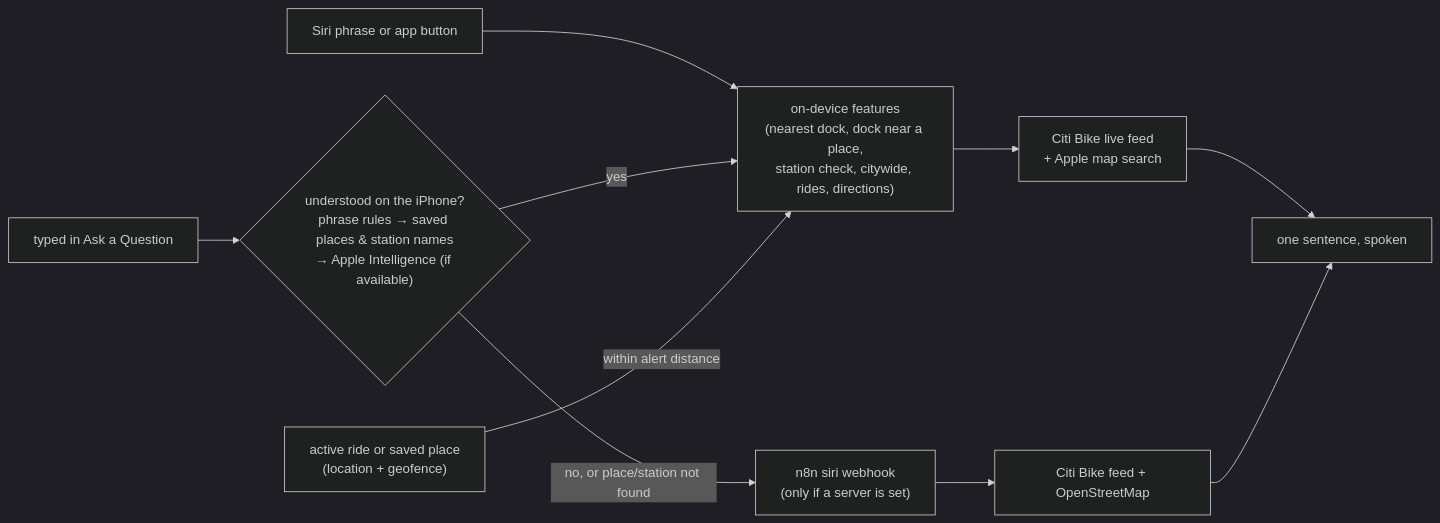
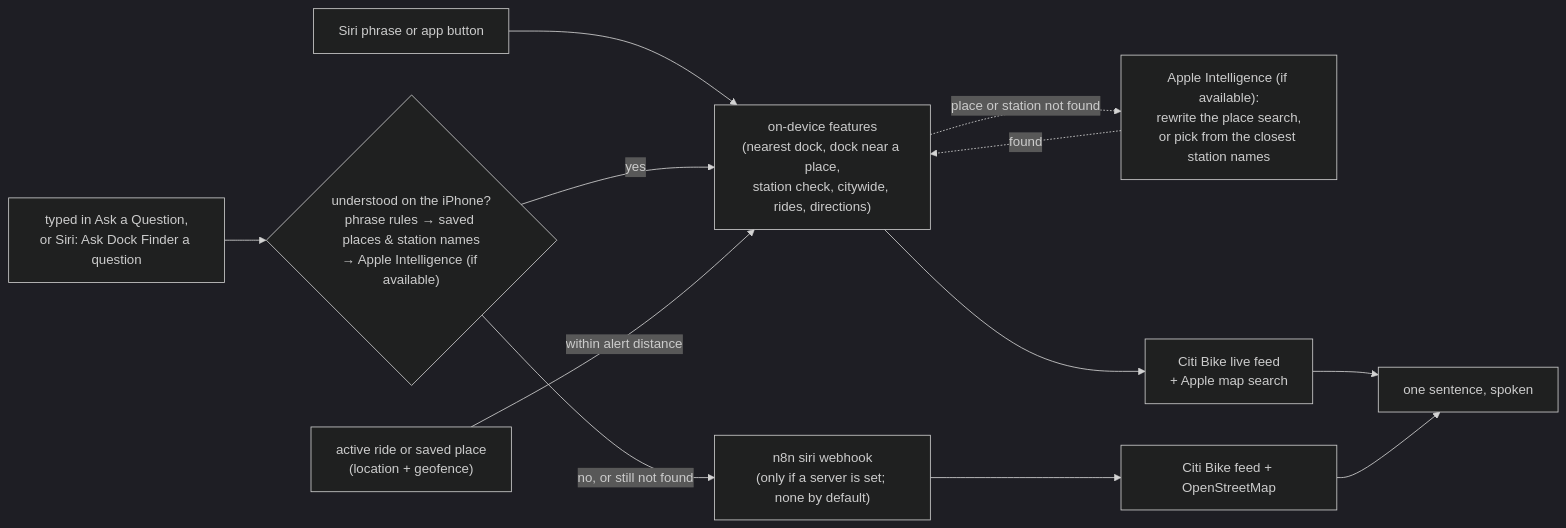
Before and after one commit to HLNave/citibike-smart-dock-assistant: the diagram in README.md, drawn with Mermaid (dark theme). The commit also changed other lines of this file, not shown here.

````diff
--- a/README.md
+++ b/README.md
@@ -133,11 +145,13 @@
 ```mermaid
 flowchart LR
   S["Siri phrase or app button"] --> D["on-device features<br/>(nearest dock, dock near a place,<br/>station check, citywide, rides, directions)"]
-  A["typed in Ask a Question"] --> P{"understood on the iPhone?<br/>phrase rules → saved places & station names<br/>→ Apple Intelligence (if available)"}
+  A["typed in Ask a Question,<br/>or Siri: Ask Dock Finder a question"] --> P{"understood on the iPhone?<br/>phrase rules → saved places & station names<br/>→ Apple Intelligence (if available)"}
   P -- yes --> D
-  P -- "no, or place/station not found" --> W2["n8n siri webhook<br/>(only if a server is set)"]
+  D -. "place or station not found" .-> AI["Apple Intelligence (if available):<br/>rewrite the place search,<br/>or pick from the closest station names"]
+  AI -. found .-> D
+  P -- "no, or still not found" --> W2["n8n siri webhook<br/>(only if a server is set; none by default)"]
   D --> F["Citi Bike live feed<br/>+ Apple map search"]
   W2 --> F2["Citi Bike feed + OpenStreetMap"]
   F & F2 --> V["one sentence, spoken"]
   R["active ride or saved place<br/>(location + geofence)"] -- "within alert distance" --> D
 ```
````
